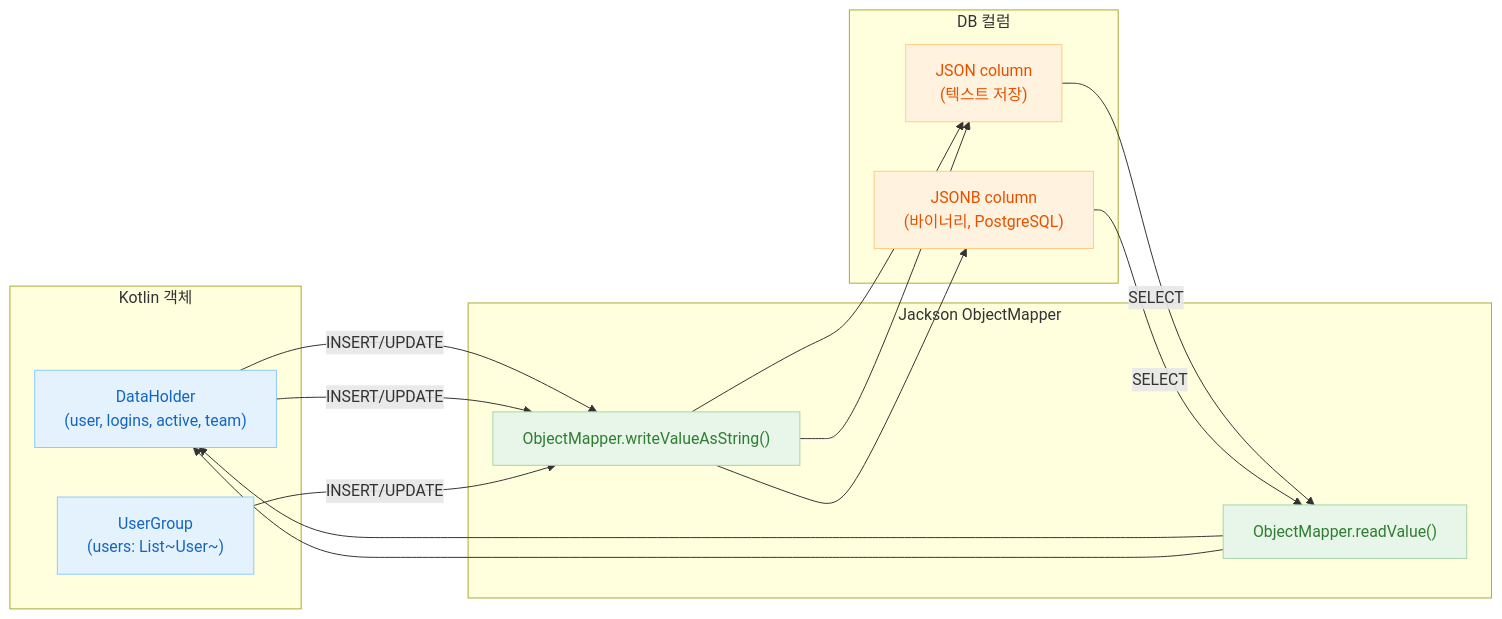
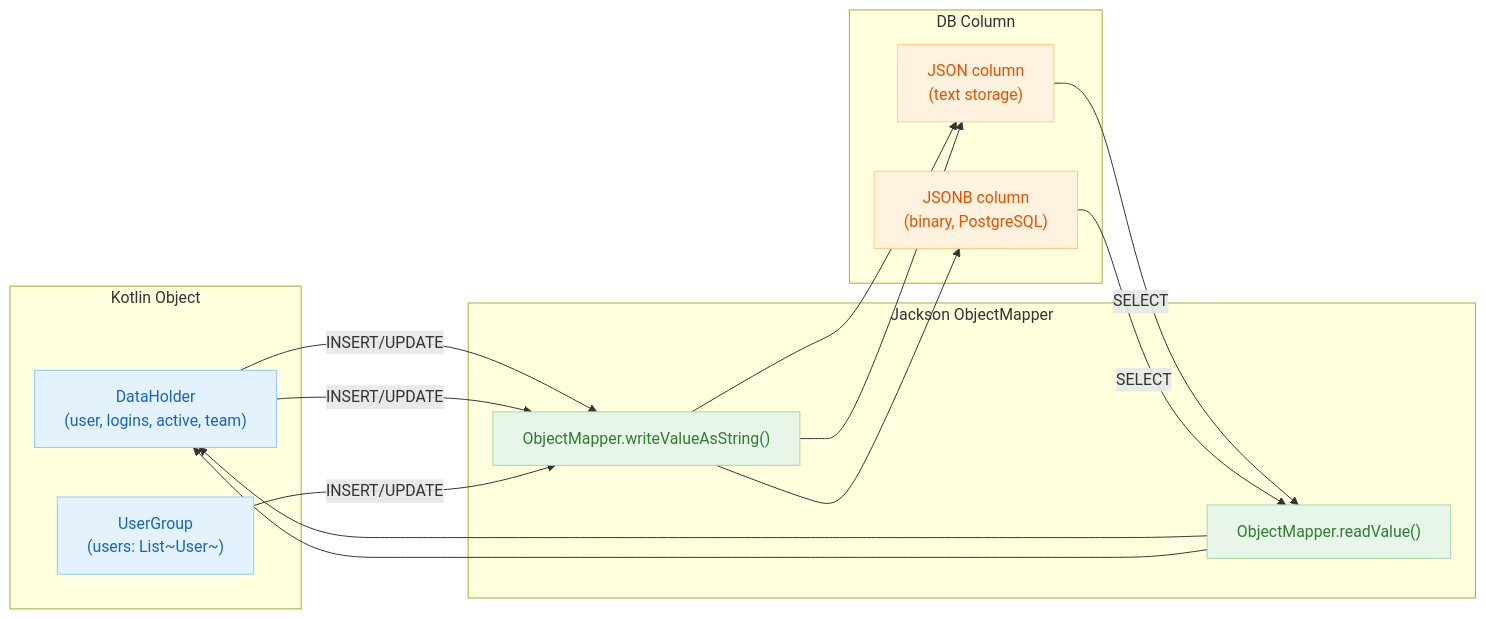
The second of 2 diagrams in 06-advanced/08-exposed-jackson/README.md (bluetape4k/exposed-workshop), drawn with Mermaid before and after one commit. The commit also changed other lines of this file and 115 other files, not shown here.

````diff
--- a/06-advanced/08-exposed-jackson/README.md
+++ b/06-advanced/08-exposed-jackson/README.md
@@ -41,31 +43,31 @@
 ```mermaid
 flowchart LR
-    subgraph KotlinObj["Kotlin 객체"]
+    subgraph KotlinObj["Kotlin Object"]
         DH["DataHolder\n(user, logins, active, team)"]
         UG["UserGroup\n(users: List~User~)"]
     end
 
     subgraph Jackson["Jackson ObjectMapper"]
         SER["ObjectMapper.writeValueAsString()"]
         DESER["ObjectMapper.readValue()"]
     end
 
-    subgraph DBCol["DB 컬럼"]
-        JCOL["JSON column\n(텍스트 저장)"]
-        JBCOL["JSONB column\n(바이너리, PostgreSQL)"]
+    subgraph DBCol["DB Column"]
+        JCOL["JSON column\n(text storage)"]
+        JBCOL["JSONB column\n(binary, PostgreSQL)"]
     end
 
     DH -->|INSERT/UPDATE| SER --> JCOL
     DH -->|INSERT/UPDATE| SER --> JBCOL
     JCOL -->|SELECT| DESER --> DH
     JBCOL -->|SELECT| DESER --> DH
     UG -->|INSERT/UPDATE| SER --> JCOL
 
     classDef blue fill:#E3F2FD,stroke:#90CAF9,color:#1565C0
     classDef green fill:#E8F5E9,stroke:#A5D6A7,color:#2E7D32
     classDef orange fill:#FFF3E0,stroke:#FFCC80,color:#E65100
 
     class DH,UG blue
     class SER,DESER green
     class JCOL,JBCOL orange
 ```
````
